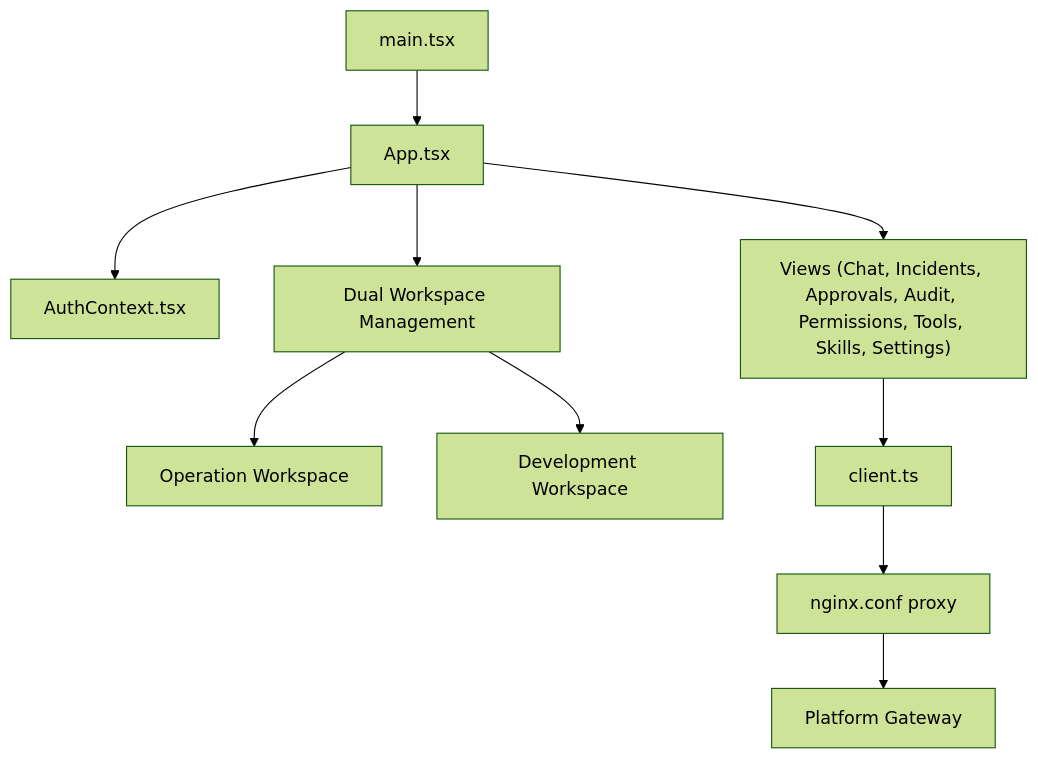
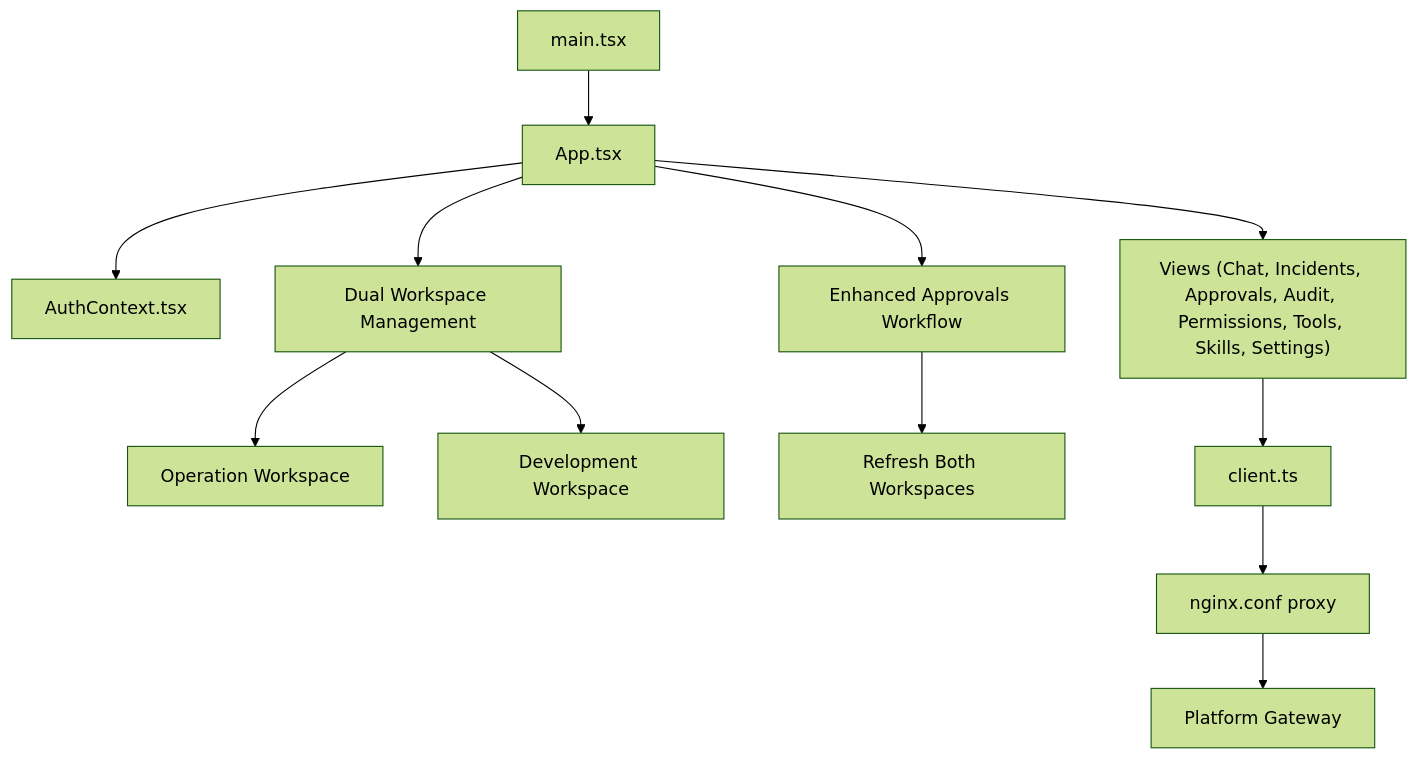
Before and after one commit to metasync/luban-aiops: diagram 16 of 16 in .qoder/repowiki/en/content/Operator Portal.md, drawn with Mermaid (forest theme). The commit also changed other lines of this file and 4 other files, not shown here.

````diff
--- a/.qoder/repowiki/en/content/Operator Portal.md
+++ b/.qoder/repowiki/en/content/Operator Portal.md
@@ -701,12 +753,14 @@
 ```mermaid
 graph TB
 Main["main.tsx"] --> App["App.tsx"]
 App --> Auth["AuthContext.tsx"]
 App --> Workspaces["Dual Workspace Management"]
 Workspaces --> OpWS["Operation Workspace"]
 Workspaces --> DevWS["Development Workspace"]
+App --> Approvals["Enhanced Approvals Workflow"]
+Approvals --> RefreshBoth["Refresh Both Workspaces"]
 App --> Views["Views (Chat, Incidents, Approvals, Audit, Permissions, Tools, Skills, Settings)"]
 Views --> API["client.ts"]
 API --> Nginx["nginx.conf proxy"]
 Nginx --> Gateway["Platform Gateway"]
 ```
````
